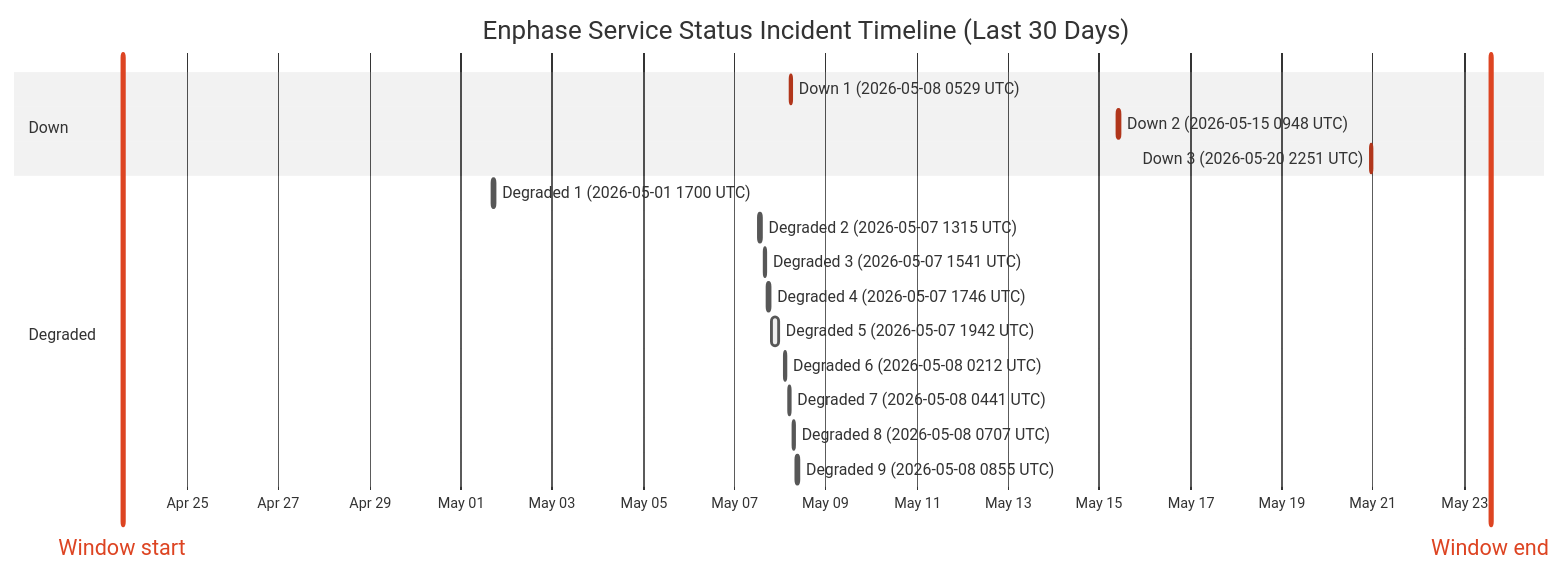
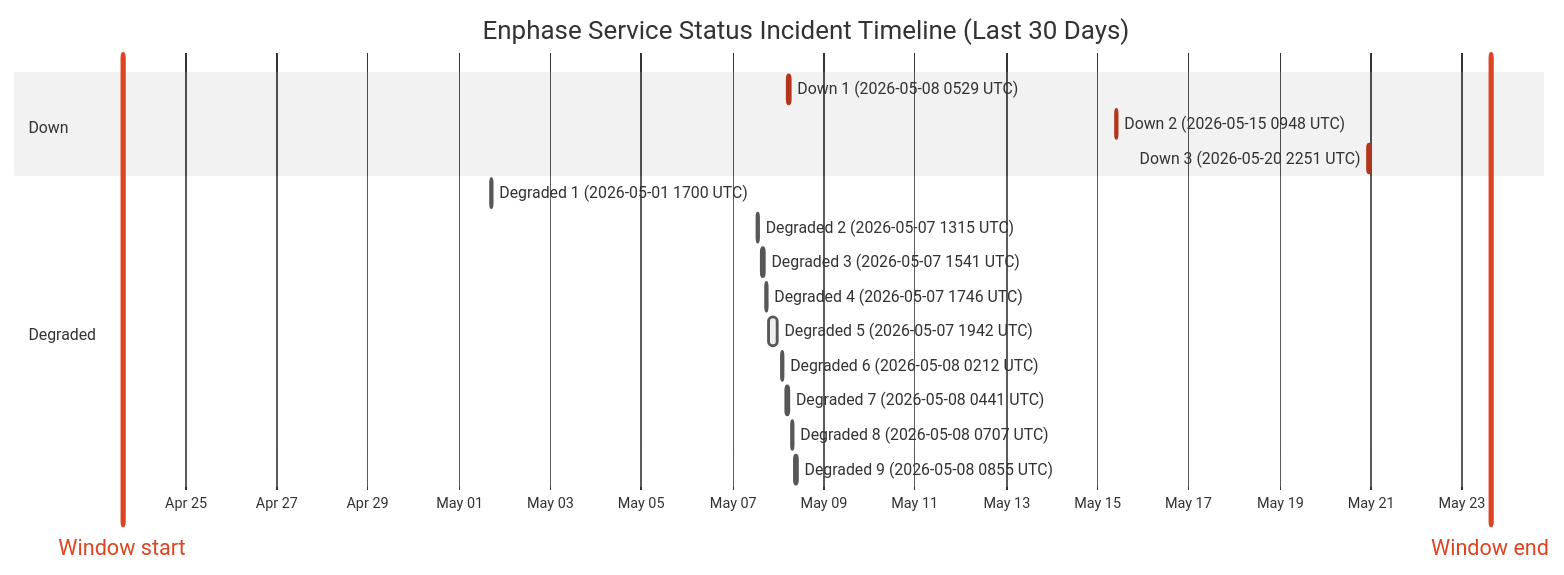
Before and after one commit to barneyonline/ha-enphase-ev-charger: the diagram in wiki/Service-Status-History.md, drawn with Mermaid (neutral theme). The commit also changed other lines of this file and 3 other files, not shown here.

````diff
--- a/wiki/Service-Status-History.md
+++ b/wiki/Service-Status-History.md
@@ -14,22 +14,22 @@
 ```mermaid
 gantt
     title Enphase Service Status Incident Timeline (Last 30 Days)
     dateFormat  YYYY-MM-DDTHH:mm:ss
     axisFormat  %b %d
-    Window start :vert, window-start, 2026-04-23T13:56:11, 0ms
-    Window end :vert, window-end, 2026-05-23T13:56:11, 0ms
+    Window start :vert, window-start, 2026-04-23T15:01:52, 0ms
+    Window end :vert, window-end, 2026-05-23T15:01:52, 0ms
     section Down
     Down 1 (2026-05-08 0529 UTC) :crit, down-1, 2026-05-08T05:29:47, 60m
     Down 2 (2026-05-15 0948 UTC) :crit, down-2, 2026-05-15T09:48:18, 60m
     Down 3 (2026-05-20 2251 UTC) :crit, down-3, 2026-05-20T22:51:14, 75m
     section Degraded
     Degraded 1 (2026-05-01 1700 UTC) :active, degraded-1, 2026-05-01T17:00:22, 60m
     Degraded 2 (2026-05-07 1315 UTC) :active, degraded-2, 2026-05-07T13:15:25, 60m
     Degraded 3 (2026-05-07 1541 UTC) :active, degraded-3, 2026-05-07T15:41:58, 60m
     Degraded 4 (2026-05-07 1746 UTC) :active, degraded-4, 2026-05-07T17:46:51, 60m
     Degraded 5 (2026-05-07 1942 UTC) :active, degraded-5, 2026-05-07T19:42:10, 249m
     Degraded 6 (2026-05-08 0212 UTC) :active, degraded-6, 2026-05-08T02:12:39, 60m
     Degraded 7 (2026-05-08 0441 UTC) :active, degraded-7, 2026-05-08T04:41:46, 60m
     Degraded 8 (2026-05-08 0707 UTC) :active, degraded-8, 2026-05-08T07:07:30, 60m
     Degraded 9 (2026-05-08 0855 UTC) :active, degraded-9, 2026-05-08T08:55:20, 88m
 ```
````
